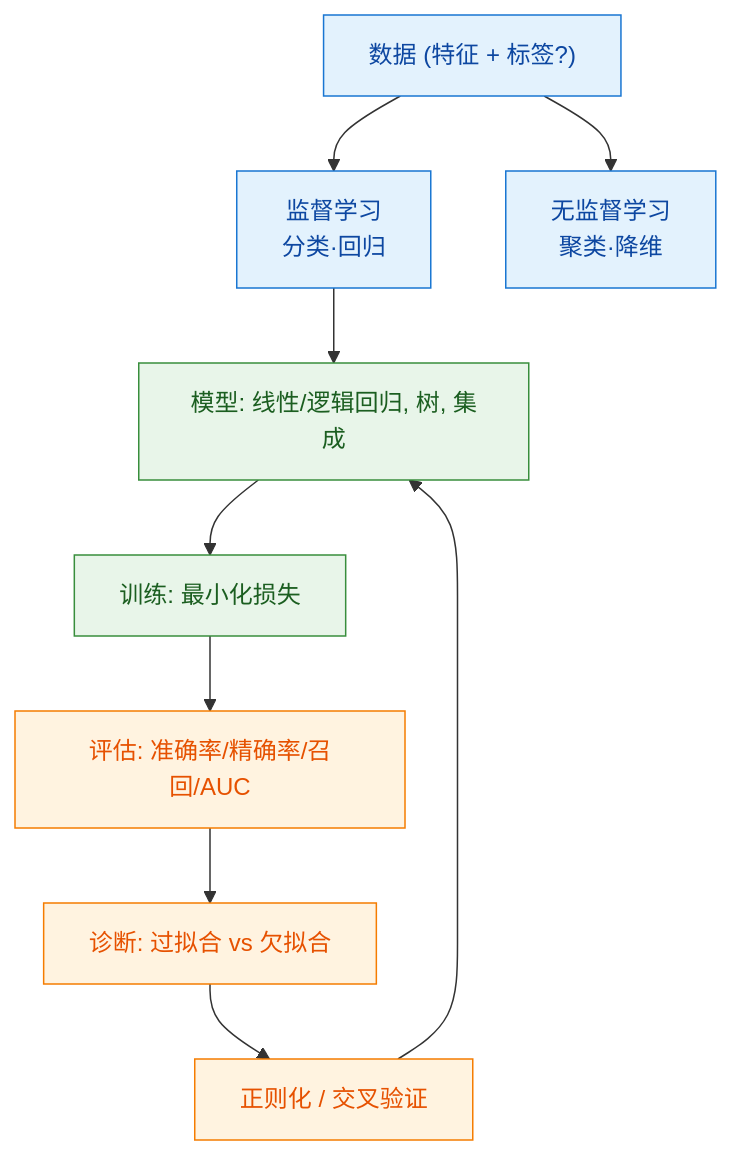
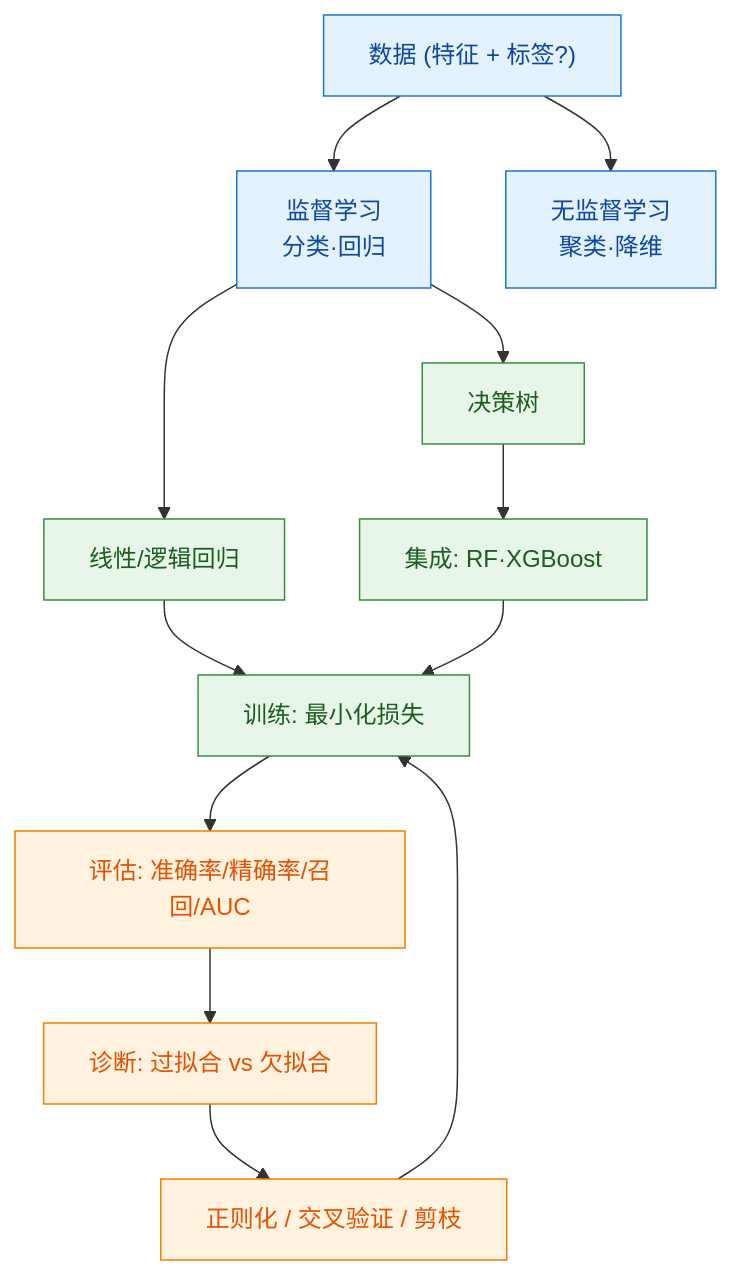
Before and after one commit to HarveyWebLee/ai-docs: the diagram in docs/02-机器学习基础/000-分类总览与知识图谱.md, drawn with Mermaid. The commit also changed other lines of this file and 50 other files, not shown here.

````diff
--- a/docs/02-机器学习基础/000-分类总览与知识图谱.md
+++ b/docs/02-机器学习基础/000-分类总览与知识图谱.md
@@ -25,18 +27,21 @@
 ```mermaid
 graph TD
   Data["数据 (特征 + 标签?)"] --> Sup["监督学习<br/>分类·回归"]
   Data --> Unsup["无监督学习<br/>聚类·降维"]
-  Sup --> Model["模型: 线性/逻辑回归, 树, 集成"]
-  Model --> Train["训练: 最小化损失"]
+  Sup --> Linear["线性/逻辑回归"]
+  Sup --> Tree["决策树"]
+  Tree --> Ens["集成: RF·XGBoost"]
+  Linear --> Train["训练: 最小化损失"]
+  Ens --> Train
   Train --> Eval["评估: 准确率/精确率/召回/AUC"]
   Eval --> Overfit["诊断: 过拟合 vs 欠拟合"]
-  Overfit --> Reg["正则化 / 交叉验证"]
-  Reg --> Model
+  Overfit --> Reg["正则化 / 交叉验证 / 剪枝"]
+  Reg --> Train
 
   classDef data fill:#e3f2fd,stroke:#1976d2,color:#0d47a1;
   classDef method fill:#e8f5e9,stroke:#388e3c,color:#1b5e20;
   classDef eval fill:#fff3e0,stroke:#f57c00,color:#e65100;
   class Data,Sup,Unsup data;
-  class Model,Train method;
+  class Linear,Tree,Ens,Train method;
   class Eval,Overfit,Reg eval;
 ```
````
